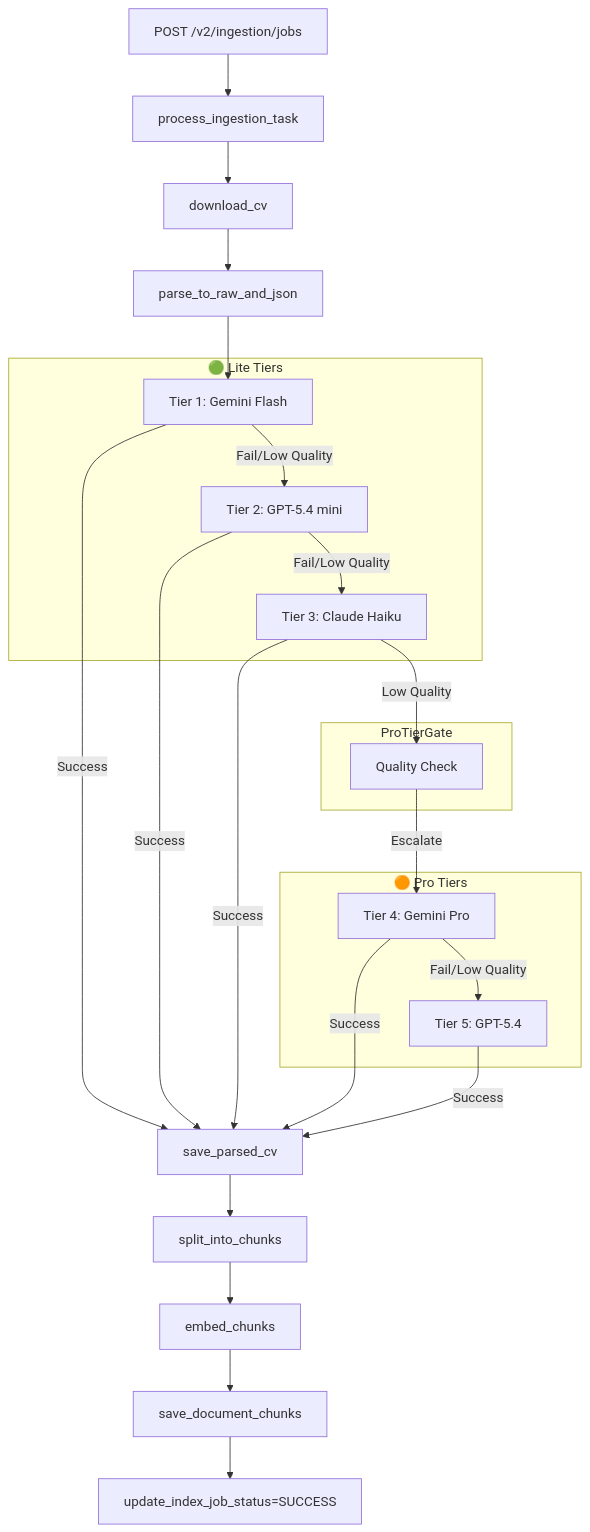
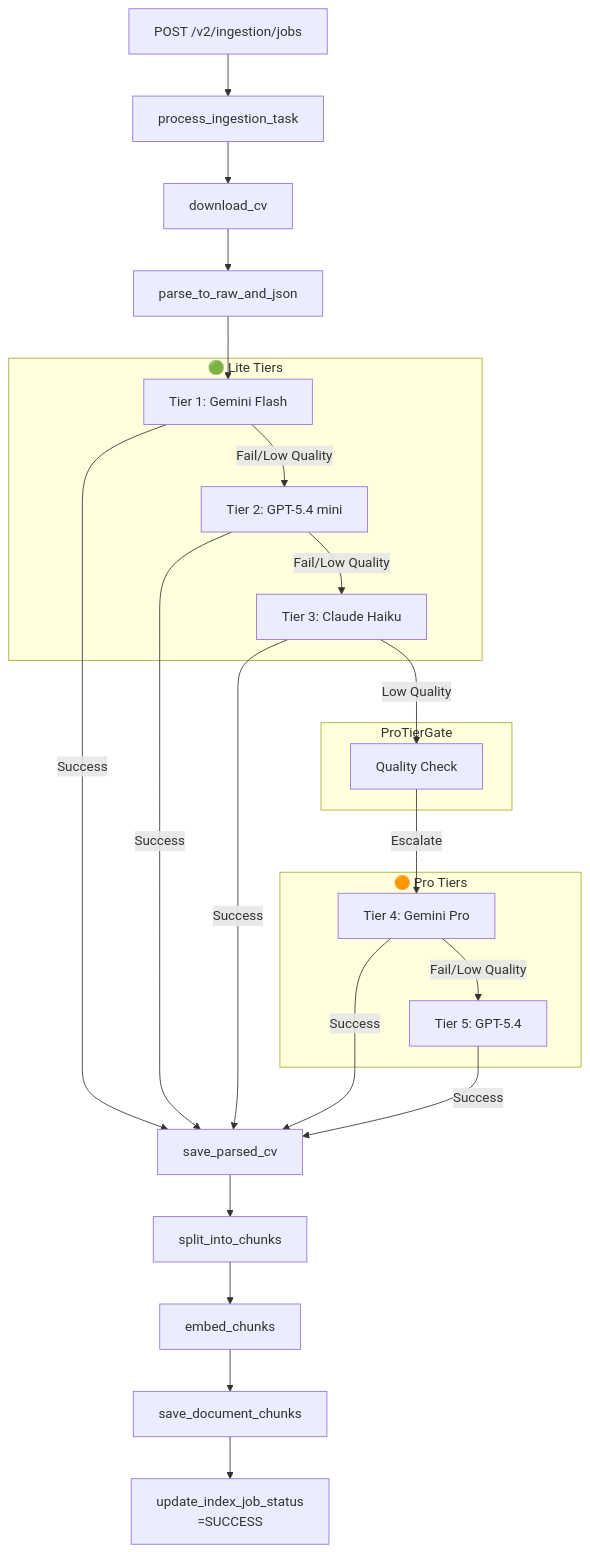
Before and after one commit to PTIT-TTCS-Team-5/Fang: the second of 2 diagrams in docs/system_architecture.md, drawn with Mermaid. The commit also changed other lines of this file and 27 other files, not shown here.

````diff
--- a/docs/system_architecture.md
+++ b/docs/system_architecture.md
@@ -43,35 +43,35 @@
 ```mermaid
 graph TD
     A[POST /v2/ingestion/jobs] --> B[process_ingestion_task]
     B --> C[download_cv]
     C --> D[parse_to_raw_and_json]
     
     subgraph "🟢 Lite Tiers"
       E1[Tier 1: Gemini Flash]
       E2[Tier 2: GPT-5.4 mini]
       E3[Tier 3: Claude Haiku]
     end
     
     subgraph "ProTierGate"
       G[Quality Check]
     end
     
     subgraph "🟠 Pro Tiers"
       P4[Tier 4: Gemini Pro]
       P5[Tier 5: GPT-5.4]
     end
 
     D --> E1
     E1 -->|Fail/Low Quality| E2
     E2 -->|Fail/Low Quality| E3
     E3 -->|Low Quality| G
     G -->|Escalate| P4
     P4 -->|Fail/Low Quality| P5
     
     E1 & E2 & E3 & P4 & P5 -->|Success| H[save_parsed_cv]
     
     H --> I[split_into_chunks]
     I --> J[embed_chunks]
     J --> K[save_document_chunks]
-    K --> L[update_index_job_status=SUCCESS]
+    K --> L[update_index_job_status<br/>=SUCCESS]
 ```
````
